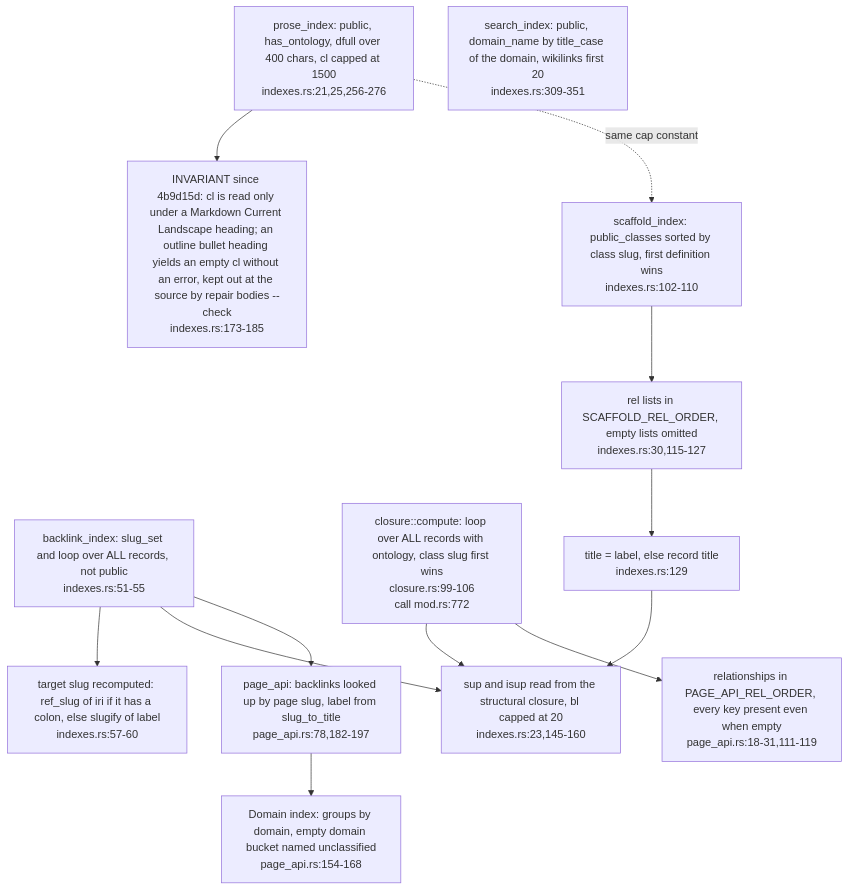
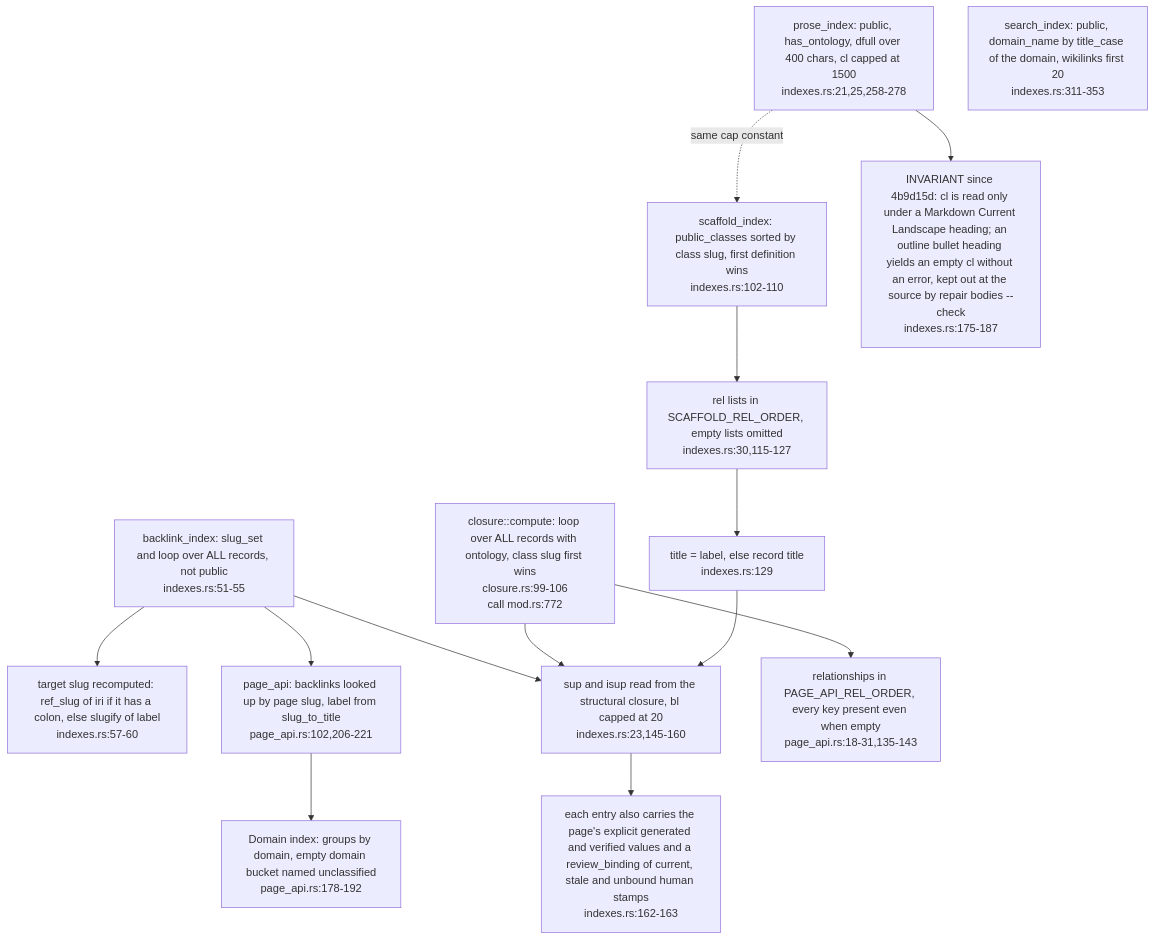
Before and after one commit to DreamLab-AI/VisionFlow: the fifth of 7 diagrams in docs/diagrams/ontomark/04-emitters-turtle-indexes-tiers-and-contract-c3.md, drawn with Mermaid. The commit also changed other lines of this file and 70 other files, not shown here.

First line of the commit message:
docs(diagrams): re-verify 69 topics at current default-branch heads

````diff
--- a/docs/diagrams/ontomark/04-emitters-turtle-indexes-tiers-and-contract-c3.md
+++ b/docs/diagrams/ontomark/04-emitters-turtle-indexes-tiers-and-contract-c3.md
@@ -182,25 +182,26 @@
 ```mermaid
 flowchart TD
     BL["backlink_index: slug_set and loop over ALL records, not public<br/>indexes.rs:51-55"]
     BLSLUG["target slug recomputed: ref_slug of iri if it has a colon, else slugify of label<br/>indexes.rs:57-60"]
     CLO["closure::compute: loop over ALL records with ontology, class slug first wins<br/>closure.rs:99-106<br/>call mod.rs:772"]
     SC["scaffold_index: public_classes sorted by class slug, first definition wins<br/>indexes.rs:102-110"]
     SCREL["rel lists in SCAFFOLD_REL_ORDER, empty lists omitted<br/>indexes.rs:30,115-127"]
+    SCATT["each entry also carries the page's explicit generated and verified values and a review_binding of current, stale and unbound human stamps<br/>indexes.rs:162-163"]
     SCTITLE["title = label, else record title<br/>indexes.rs:129"]
     SCSUP["sup and isup read from the structural closure, bl capped at 20<br/>indexes.rs:23,145-160"]
-    PR["prose_index: public, has_ontology, dfull over 400 chars, cl capped at 1500<br/>indexes.rs:21,25,256-276"]
-    PRCL["INVARIANT since 4b9d15d: cl is read only under a Markdown Current Landscape heading; an outline bullet heading yields an empty cl without an error, kept out at the source by repair bodies --check<br/>indexes.rs:173-185"]
+    PR["prose_index: public, has_ontology, dfull over 400 chars, cl capped at 1500<br/>indexes.rs:21,25,258-278"]
+    PRCL["INVARIANT since 4b9d15d: cl is read only under a Markdown Current Landscape heading; an outline bullet heading yields an empty cl without an error, kept out at the source by repair bodies --check<br/>indexes.rs:175-187"]
     PR --> PRCL
-    SE["search_index: public, domain_name by title_case of the domain, wikilinks first 20<br/>indexes.rs:309-351"]
-    PGS["page_api: backlinks looked up by page slug, label from slug_to_title<br/>page_api.rs:78,182-197"]
-    PGD["Domain index: groups by domain, empty domain bucket named unclassified<br/>page_api.rs:154-168"]
-    PGREL["relationships in PAGE_API_REL_ORDER, every key present even when empty<br/>page_api.rs:18-31,111-119"]
+    SE["search_index: public, domain_name by title_case of the domain, wikilinks first 20<br/>indexes.rs:311-353"]
+    PGS["page_api: backlinks looked up by page slug, label from slug_to_title<br/>page_api.rs:102,206-221"]
+    PGD["Domain index: groups by domain, empty domain bucket named unclassified<br/>page_api.rs:178-192"]
+    PGREL["relationships in PAGE_API_REL_ORDER, every key present even when empty<br/>page_api.rs:18-31,135-143"]
     BL --> BLSLUG
     BL --> SCSUP
     BL --> PGS
     CLO --> SCSUP
     CLO --> PGREL
-    SC --> SCREL --> SCTITLE --> SCSUP
+    SC --> SCREL --> SCTITLE --> SCSUP --> SCATT
     PR -. same cap constant .-> SC
     PGS --> PGD
 ```
````
